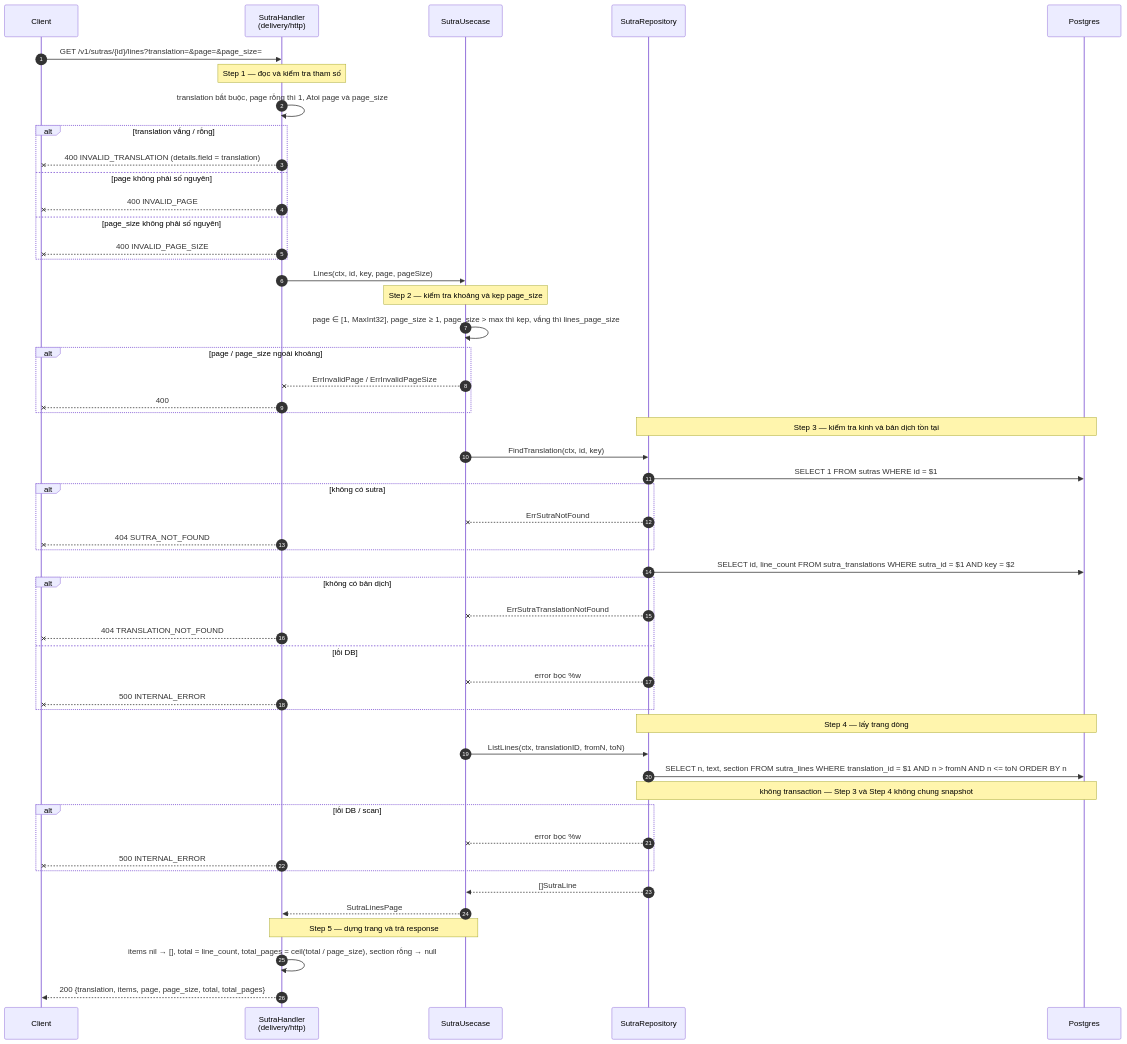
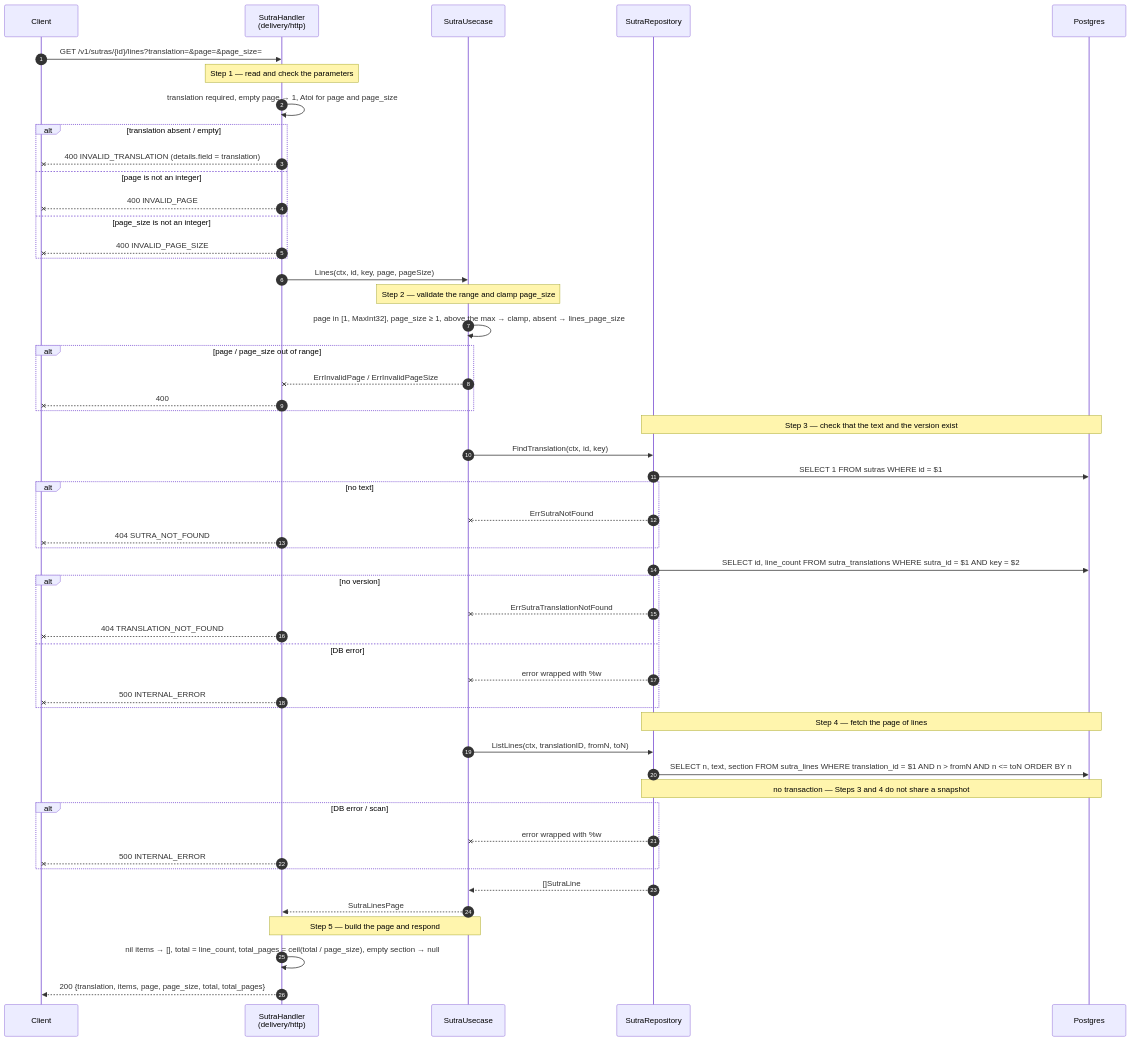
The fourth of 5 diagrams in docs/specs/features/sutra/flow.md (chjpcojit/innerlamp-be), drawn with Mermaid before and after one commit. The commit also changed other lines of this file and 4 other files, not shown here.

````diff
--- a/docs/specs/features/sutra/flow.md
+++ b/docs/specs/features/sutra/flow.md
@@ -191,59 +191,59 @@
 ```mermaid
 sequenceDiagram
     autonumber
     participant C as Client
     participant H as SutraHandler<br/>(delivery/http)
     participant U as SutraUsecase
     participant R as SutraRepository
     participant DB as Postgres
 
     C->>H: GET /v1/sutras/{id}/lines?translation=&page=&page_size=
-    Note over H: Step 1 — đọc và kiểm tra tham số
-    H->>H: translation bắt buộc, page rỗng thì 1, Atoi page và page_size
-    alt translation vắng / rỗng
+    Note over H: Step 1 — read and check the parameters
+    H->>H: translation required, empty page → 1, Atoi for page and page_size
+    alt translation absent / empty
         H--xC: 400 INVALID_TRANSLATION (details.field = translation)
-    else page không phải số nguyên
+    else page is not an integer
         H--xC: 400 INVALID_PAGE
-    else page_size không phải số nguyên
+    else page_size is not an integer
         H--xC: 400 INVALID_PAGE_SIZE
     end
     H->>U: Lines(ctx, id, key, page, pageSize)
 
-    Note over U: Step 2 — kiểm tra khoảng và kẹp page_size
-    U->>U: page ∈ [1, MaxInt32], page_size ≥ 1, page_size > max thì kẹp, vắng thì lines_page_size
-    alt page / page_size ngoài khoảng
+    Note over U: Step 2 — validate the range and clamp page_size
+    U->>U: page in [1, MaxInt32], page_size ≥ 1, above the max → clamp, absent → lines_page_size
+    alt page / page_size out of range
         U--xH: ErrInvalidPage / ErrInvalidPageSize
         H--xC: 400
     end
 
-    Note over R,DB: Step 3 — kiểm tra kinh và bản dịch tồn tại
+    Note over R,DB: Step 3 — check that the text and the version exist
     U->>R: FindTranslation(ctx, id, key)
     R->>DB: SELECT 1 FROM sutras WHERE id = $1
-    alt không có sutra
+    alt no text
         R--xU: ErrSutraNotFound
         H--xC: 404 SUTRA_NOT_FOUND
     end
     R->>DB: SELECT id, line_count FROM sutra_translations WHERE sutra_id = $1 AND key = $2
-    alt không có bản dịch
+    alt no version
         R--xU: ErrSutraTranslationNotFound
         H--xC: 404 TRANSLATION_NOT_FOUND
-    else lỗi DB
-        R--xU: error bọc %w
+    else DB error
+        R--xU: error wrapped with %w
         H--xC: 500 INTERNAL_ERROR
     end
 
-    Note over R,DB: Step 4 — lấy trang dòng
+    Note over R,DB: Step 4 — fetch the page of lines
     U->>R: ListLines(ctx, translationID, fromN, toN)
     R->>DB: SELECT n, text, section FROM sutra_lines WHERE translation_id = $1 AND n > fromN AND n <= toN ORDER BY n
-    Note over R,DB: không transaction — Step 3 và Step 4 không chung snapshot
-    alt lỗi DB / scan
-        R--xU: error bọc %w
+    Note over R,DB: no transaction — Steps 3 and 4 do not share a snapshot
+    alt DB error / scan
+        R--xU: error wrapped with %w
         H--xC: 500 INTERNAL_ERROR
     end
     R-->>U: []SutraLine
     U-->>H: SutraLinesPage
 
-    Note over U,H: Step 5 — dựng trang và trả response
-    H->>H: items nil → [], total = line_count, total_pages = ceil(total / page_size), section rỗng → null
+    Note over U,H: Step 5 — build the page and respond
+    H->>H: nil items → [], total = line_count, total_pages = ceil(total / page_size), empty section → null
     H-->>C: 200 {translation, items, page, page_size, total, total_pages}
 ```
````
